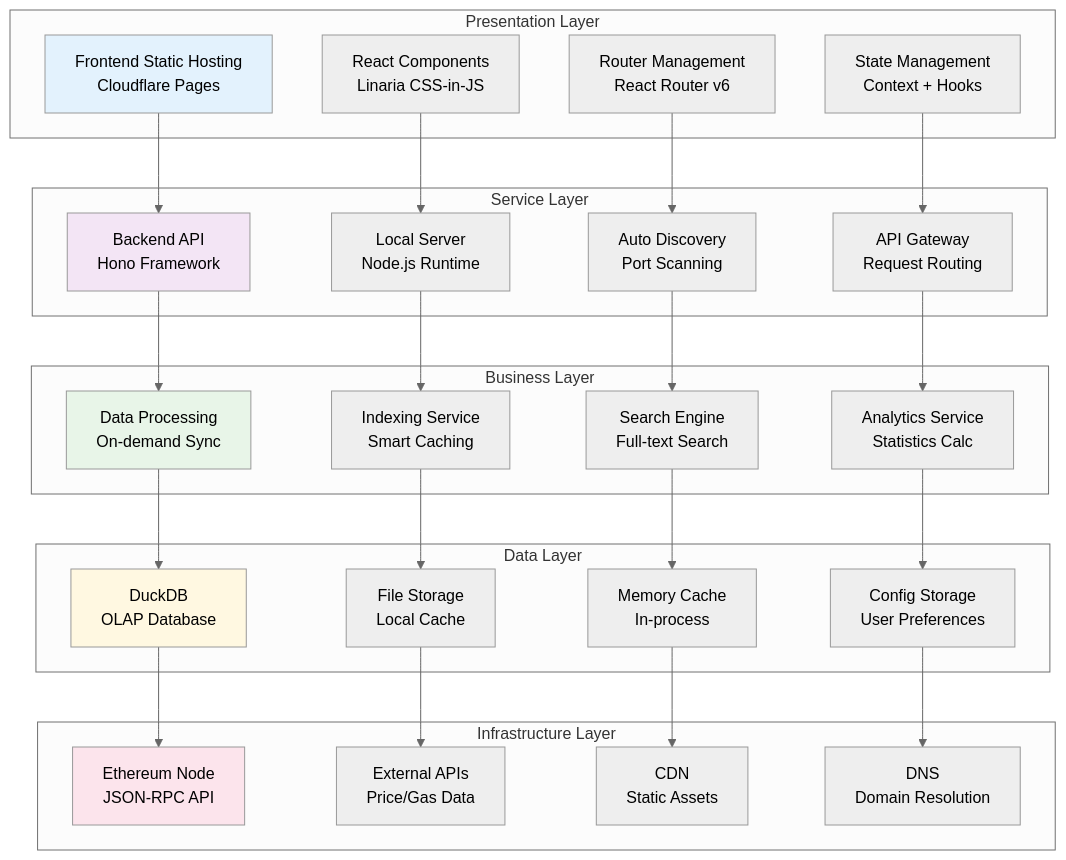
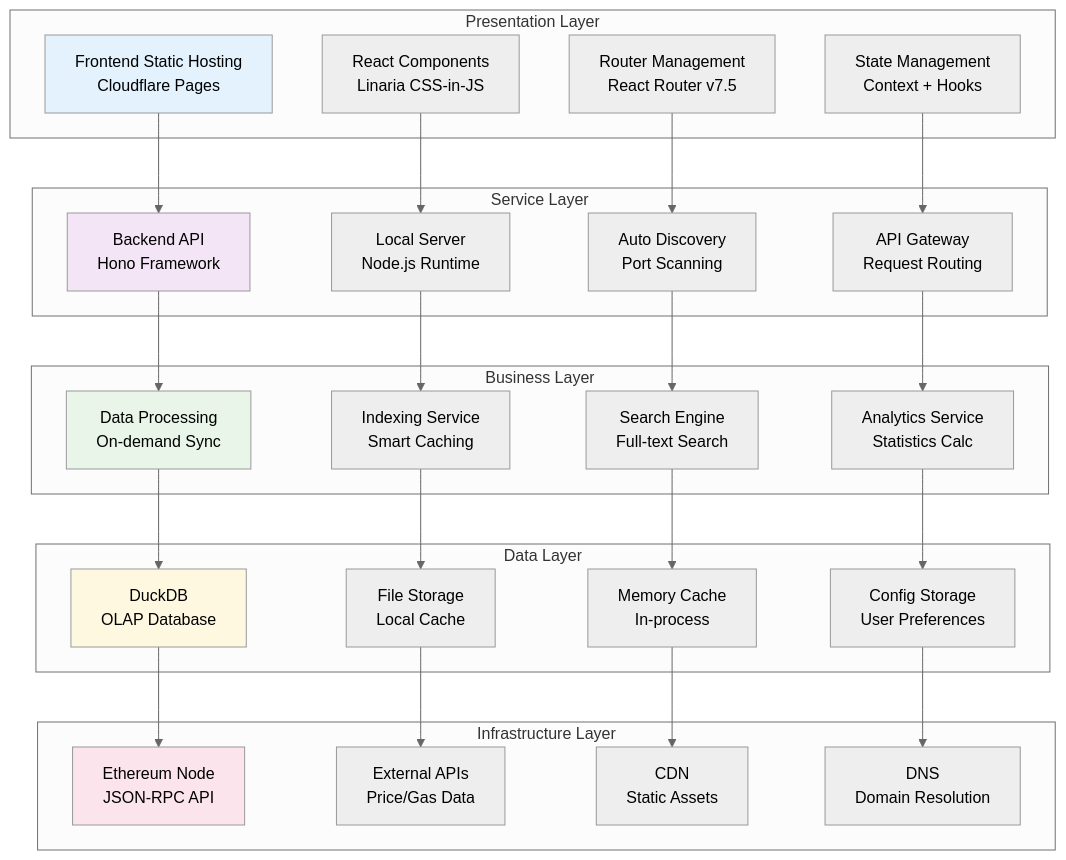
Before and after one commit to wmzy/my-block-explorer: the first of 11 diagrams in docs/ARCHITECTURE.md, drawn with Mermaid (neutral theme). The commit also changed other lines of this file and 6 other files, not shown here.

````diff
--- a/docs/ARCHITECTURE.md
+++ b/docs/ARCHITECTURE.md
@@ -19,63 +19,63 @@
 ```mermaid
 graph TB
     subgraph "Presentation Layer"
         P1[Frontend Static Hosting<br/>Cloudflare Pages]
         P2[React Components<br/>Linaria CSS-in-JS]
-        P3[Router Management<br/>React Router v6]
+        P3[Router Management<br/>React Router v7.5]
         P4[State Management<br/>Context + Hooks]
     end
     
     subgraph "Service Layer"
         S1[Backend API<br/>Hono Framework]
         S2[Local Server<br/>Node.js Runtime]
         S3[Auto Discovery<br/>Port Scanning]
         S4[API Gateway<br/>Request Routing]
     end
     
     subgraph "Business Layer"
         B1[Data Processing<br/>On-demand Sync]
         B2[Indexing Service<br/>Smart Caching]
         B3[Search Engine<br/>Full-text Search]
         B4[Analytics Service<br/>Statistics Calc]
     end
     
     subgraph "Data Layer"
         D1[DuckDB<br/>OLAP Database]
         D2[File Storage<br/>Local Cache]
         D3[Memory Cache<br/>In-process]
         D4[Config Storage<br/>User Preferences]
     end
     
     subgraph "Infrastructure Layer"
         I1[Ethereum Node<br/>JSON-RPC API]
         I2[External APIs<br/>Price/Gas Data]
         I3[CDN<br/>Static Assets]
         I4[DNS<br/>Domain Resolution]
     end
     
     P1 --> S1
     P2 --> S2
     P3 --> S3
     P4 --> S4
     
     S1 --> B1
     S2 --> B2
     S3 --> B3
     S4 --> B4
     
     B1 --> D1
     B2 --> D2
     B3 --> D3
     B4 --> D4
     
     D1 --> I1
     D2 --> I2
     D3 --> I3
     D4 --> I4
     
     style P1 fill:#e3f2fd
     style S1 fill:#f3e5f5
     style B1 fill:#e8f5e8
     style D1 fill:#fff8e1
     style I1 fill:#fce4ec
 ```
````
